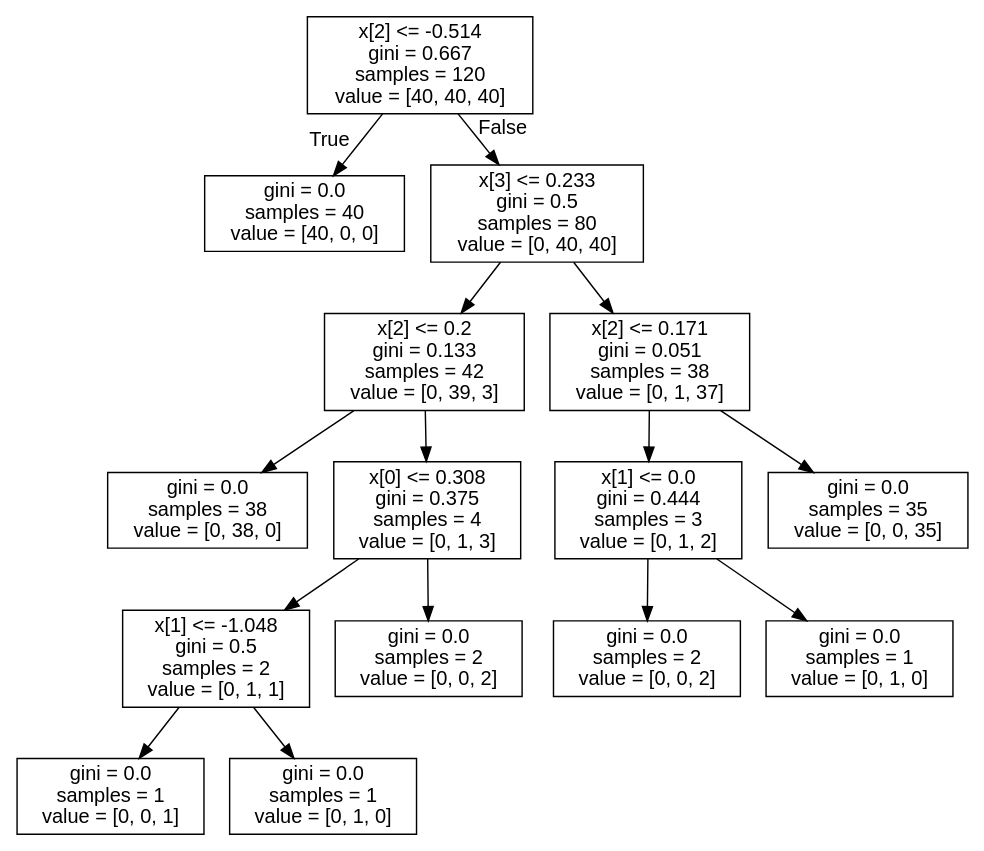
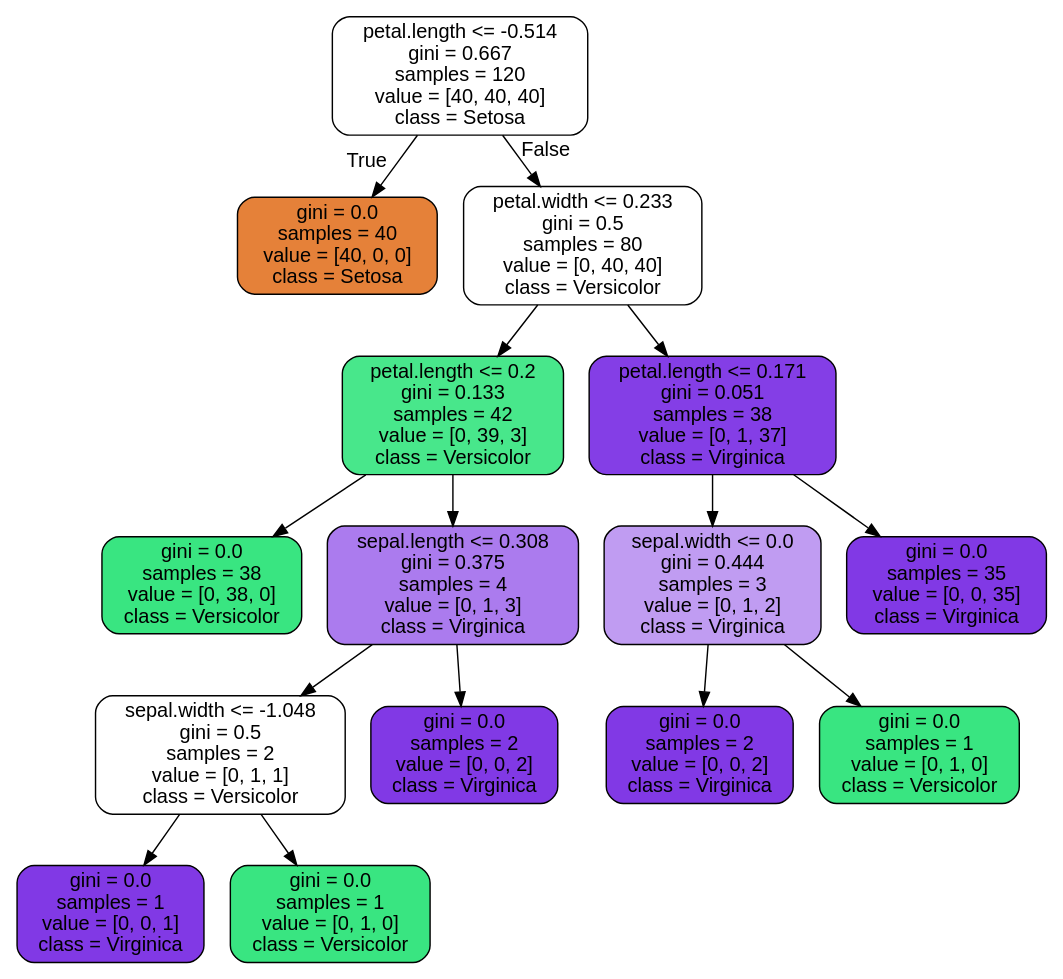
Before and after one commit to Zab528/KDT10: the diagram in EX08_ML/DAY06/iris_tree.dot, drawn with Graphviz. The commit also changed 1 other file, not shown here.

```diff
--- a/EX08_ML/DAY06/iris_tree.dot
+++ b/EX08_ML/DAY06/iris_tree.dot
@@ -1,33 +1,33 @@
 digraph Tree {
-node [shape=box, fontname="helvetica"] ;
+node [shape=box, style="filled, rounded", color="black", fontname="helvetica"] ;
 edge [fontname="helvetica"] ;
-0 [label="x[2] <= -0.514\ngini = 0.667\nsamples = 120\nvalue = [40, 40, 40]"] ;
-1 [label="gini = 0.0\nsamples = 40\nvalue = [40, 0, 0]"] ;
+0 [label="petal.length <= -0.514\ngini = 0.667\nsamples = 120\nvalue = [40, 40, 40]\nclass = Setosa", fillcolor="#ffffff"] ;
+1 [label="gini = 0.0\nsamples = 40\nvalue = [40, 0, 0]\nclass = Setosa", fillcolor="#e58139"] ;
 0 -> 1 [labeldistance=2.5, labelangle=45, headlabel="True"] ;
-2 [label="x[3] <= 0.233\ngini = 0.5\nsamples = 80\nvalue = [0, 40, 40]"] ;
+2 [label="petal.width <= 0.233\ngini = 0.5\nsamples = 80\nvalue = [0, 40, 40]\nclass = Versicolor", fillcolor="#ffffff"] ;
 0 -> 2 [labeldistance=2.5, labelangle=-45, headlabel="False"] ;
-3 [label="x[2] <= 0.2\ngini = 0.133\nsamples = 42\nvalue = [0, 39, 3]"] ;
+3 [label="petal.length <= 0.2\ngini = 0.133\nsamples = 42\nvalue = [0, 39, 3]\nclass = Versicolor", fillcolor="#48e78b"] ;
 2 -> 3 ;
-4 [label="gini = 0.0\nsamples = 38\nvalue = [0, 38, 0]"] ;
+4 [label="gini = 0.0\nsamples = 38\nvalue = [0, 38, 0]\nclass = Versicolor", fillcolor="#39e581"] ;
 3 -> 4 ;
-5 [label="x[0] <= 0.308\ngini = 0.375\nsamples = 4\nvalue = [0, 1, 3]"] ;
+5 [label="sepal.length <= 0.308\ngini = 0.375\nsamples = 4\nvalue = [0, 1, 3]\nclass = Virginica", fillcolor="#ab7bee"] ;
 3 -> 5 ;
-6 [label="x[1] <= -1.048\ngini = 0.5\nsamples = 2\nvalue = [0, 1, 1]"] ;
+6 [label="sepal.width <= -1.048\ngini = 0.5\nsamples = 2\nvalue = [0, 1, 1]\nclass = Versicolor", fillcolor="#ffffff"] ;
 5 -> 6 ;
-7 [label="gini = 0.0\nsamples = 1\nvalue = [0, 0, 1]"] ;
+7 [label="gini = 0.0\nsamples = 1\nvalue = [0, 0, 1]\nclass = Virginica", fillcolor="#8139e5"] ;
 6 -> 7 ;
-8 [label="gini = 0.0\nsamples = 1\nvalue = [0, 1, 0]"] ;
+8 [label="gini = 0.0\nsamples = 1\nvalue = [0, 1, 0]\nclass = Versicolor", fillcolor="#39e581"] ;
 6 -> 8 ;
-9 [label="gini = 0.0\nsamples = 2\nvalue = [0, 0, 2]"] ;
+9 [label="gini = 0.0\nsamples = 2\nvalue = [0, 0, 2]\nclass = Virginica", fillcolor="#8139e5"] ;
 5 -> 9 ;
-10 [label="x[2] <= 0.171\ngini = 0.051\nsamples = 38\nvalue = [0, 1, 37]"] ;
+10 [label="petal.length <= 0.171\ngini = 0.051\nsamples = 38\nvalue = [0, 1, 37]\nclass = Virginica", fillcolor="#843ee6"] ;
 2 -> 10 ;
-11 [label="x[1] <= 0.0\ngini = 0.444\nsamples = 3\nvalue = [0, 1, 2]"] ;
+11 [label="sepal.width <= 0.0\ngini = 0.444\nsamples = 3\nvalue = [0, 1, 2]\nclass = Virginica", fillcolor="#c09cf2"] ;
 10 -> 11 ;
-12 [label="gini = 0.0\nsamples = 2\nvalue = [0, 0, 2]"] ;
+12 [label="gini = 0.0\nsamples = 2\nvalue = [0, 0, 2]\nclass = Virginica", fillcolor="#8139e5"] ;
 11 -> 12 ;
-13 [label="gini = 0.0\nsamples = 1\nvalue = [0, 1, 0]"] ;
+13 [label="gini = 0.0\nsamples = 1\nvalue = [0, 1, 0]\nclass = Versicolor", fillcolor="#39e581"] ;
 11 -> 13 ;
-14 [label="gini = 0.0\nsamples = 35\nvalue = [0, 0, 35]"] ;
+14 [label="gini = 0.0\nsamples = 35\nvalue = [0, 0, 35]\nclass = Virginica", fillcolor="#8139e5"] ;
 10 -> 14 ;
 }
```
